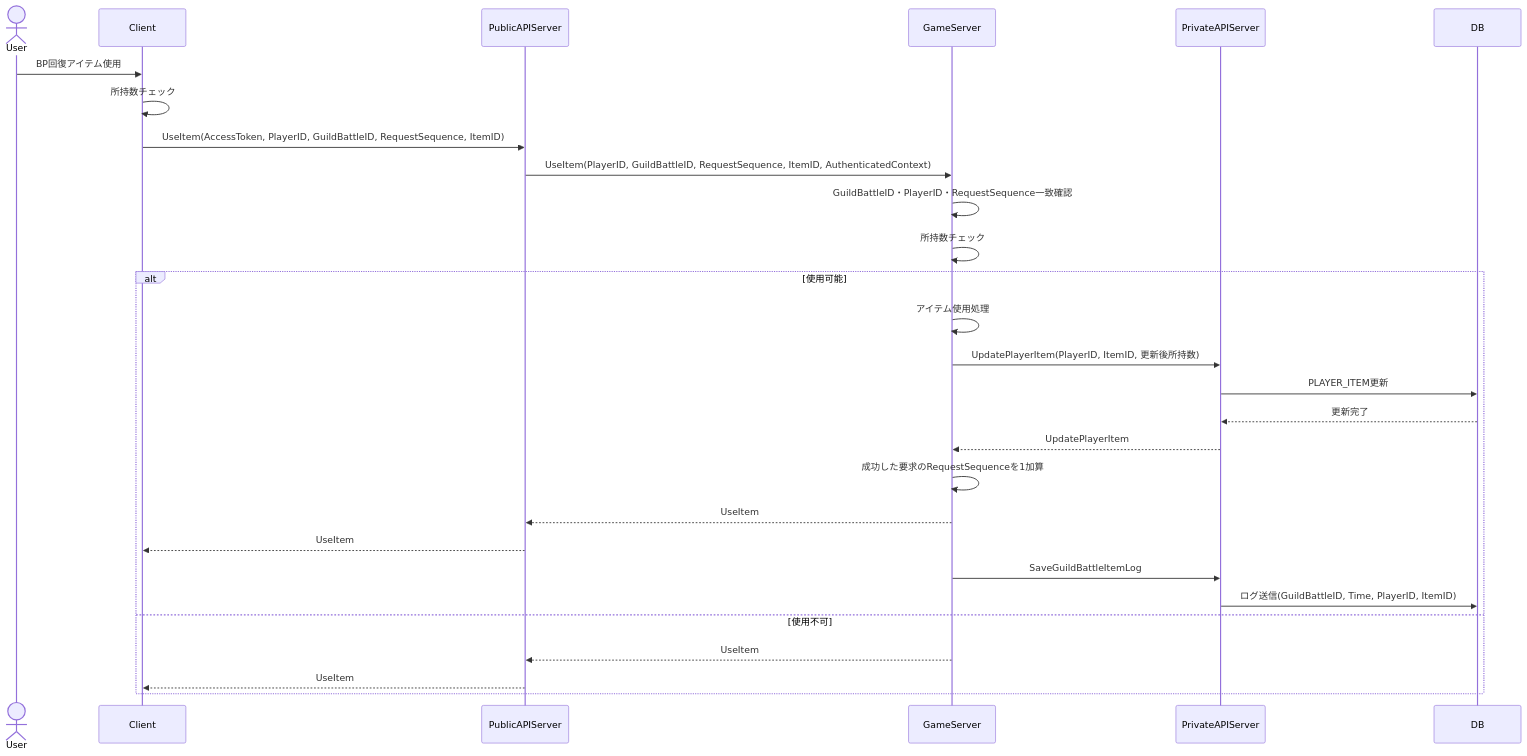
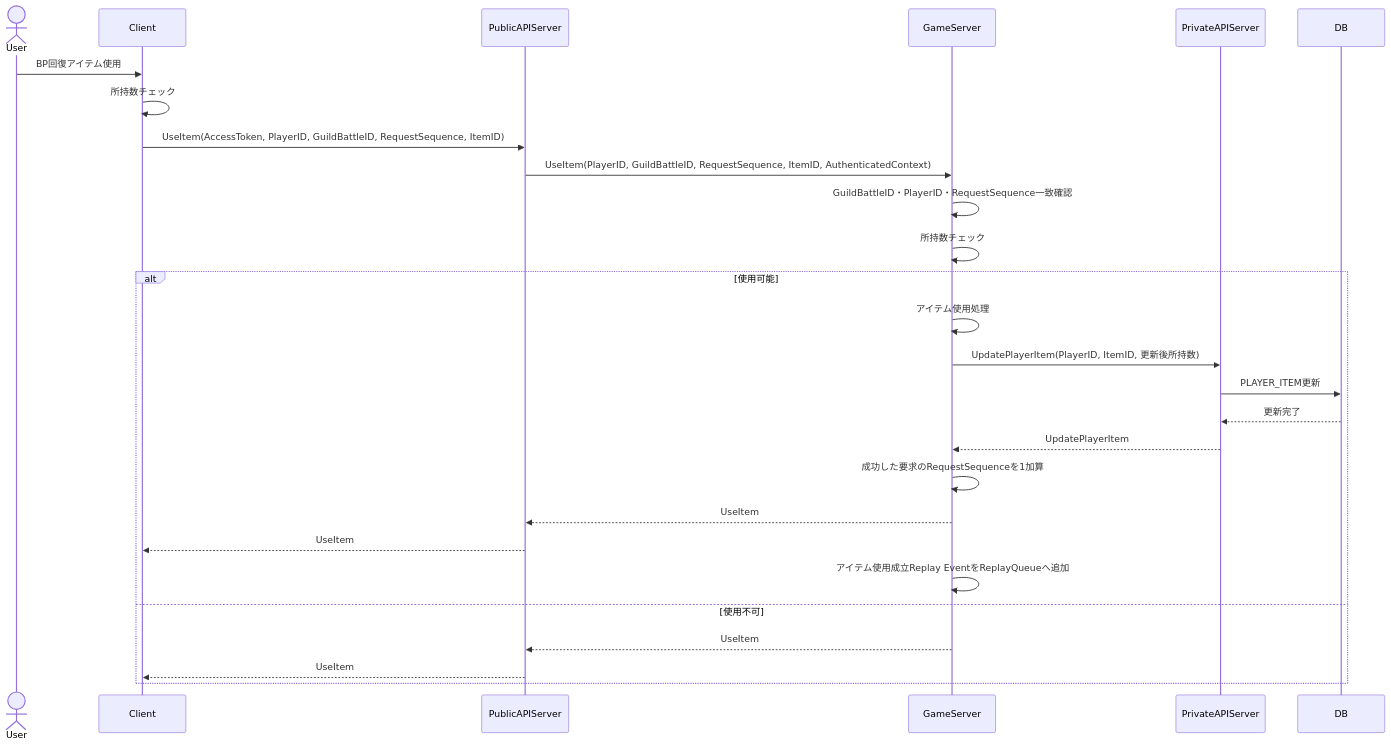
The ninth of 16 diagrams in design/guild_battle.md (ReHydrangeaOdyssey/Specifications), drawn with Mermaid before and after one commit. The commit also changed other lines of this file and 5 other files, not shown here.

````diff
--- a/design/guild_battle.md
+++ b/design/guild_battle.md
@@ -397,35 +400,34 @@
 ```mermaid
 sequenceDiagram
     actor User
     participant Client
     participant PublicAPIServer
     participant GameServer
     participant PrivateAPIServer
     participant DB
 
     User->>Client: BP回復アイテム使用
     Client->>Client: 所持数チェック
     Client->>PublicAPIServer: UseItem(AccessToken, PlayerID, GuildBattleID, RequestSequence, ItemID)
     PublicAPIServer->>GameServer: UseItem(PlayerID, GuildBattleID, RequestSequence, ItemID, AuthenticatedContext)
 
     GameServer->>GameServer: GuildBattleID・PlayerID・RequestSequence一致確認
     GameServer->>GameServer: 所持数チェック
 
     alt 使用可能
         GameServer->>GameServer: アイテム使用処理
         GameServer->>PrivateAPIServer: UpdatePlayerItem(PlayerID, ItemID, 更新後所持数)
         PrivateAPIServer->>DB: PLAYER_ITEM更新
         DB-->>PrivateAPIServer: 更新完了
         PrivateAPIServer-->>GameServer: UpdatePlayerItem
         GameServer->>GameServer: 成功した要求のRequestSequenceを1加算
         GameServer-->>PublicAPIServer: UseItem
         PublicAPIServer-->>Client: UseItem
 
-        GameServer ->> PrivateAPIServer: SaveGuildBattleItemLog
-        PrivateAPIServer ->> DB: ログ送信(GuildBattleID, Time, PlayerID, ItemID)
+        GameServer ->> GameServer: アイテム使用成立Replay EventをReplayQueueへ追加
     else 使用不可
         GameServer-->>PublicAPIServer: UseItem
         PublicAPIServer-->>Client: UseItem
     end
 
 ```
````
